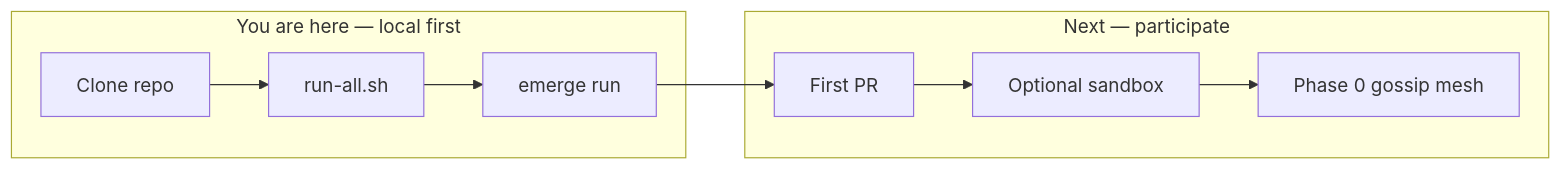
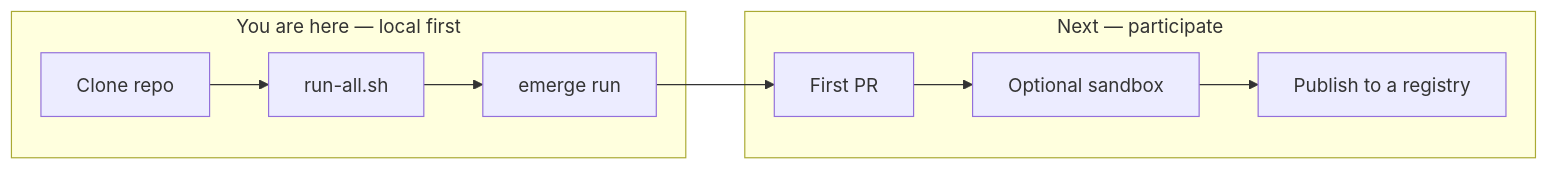
The first of 2 diagrams in docs/join.md (azank1/orcha), drawn with Mermaid before and after one commit. The commit also changed other lines of this file and 264 other files, not shown here.

````diff
--- a/docs/join.md
+++ b/docs/join.md
@@ -13,19 +13,19 @@
 ```mermaid
 flowchart LR
   subgraph now [You are here — local first]
     Clone[Clone repo]
     Run[run-all.sh]
     Agent[emerge run]
   end
 
   subgraph next [Next — participate]
     Contrib[First PR]
     Sandbox[Optional sandbox]
-    Network[Phase 0 gossip mesh]
+    Publish[Publish to a registry]
   end
 
   Clone --> Run --> Agent
   Agent --> Contrib
   Contrib --> Sandbox
-  Sandbox --> Network
+  Sandbox --> Publish
 ```
````
